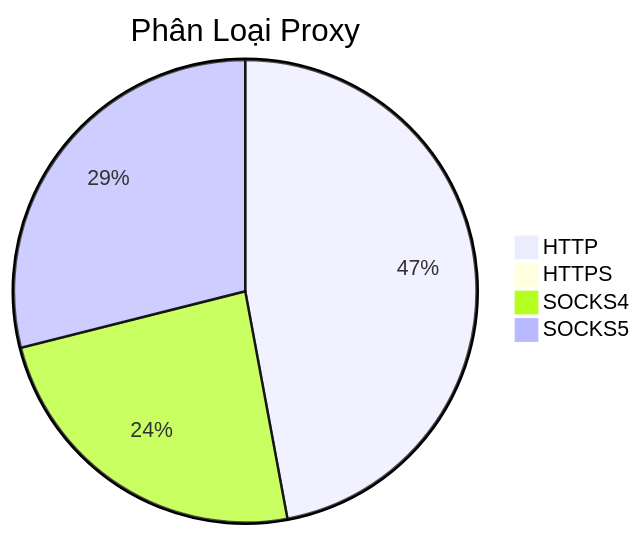
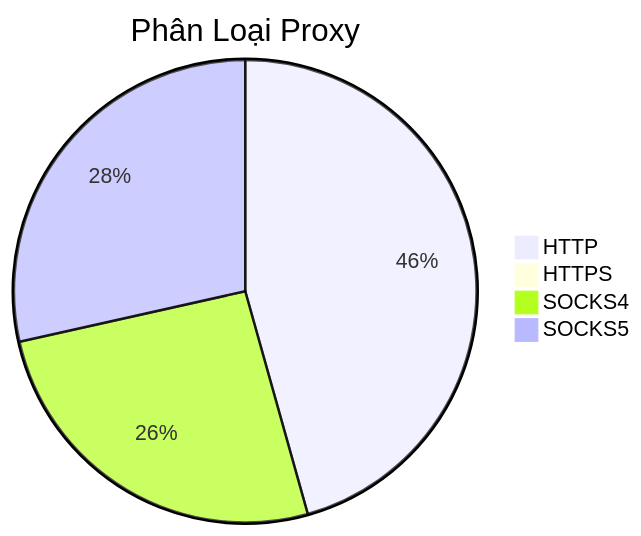
One commit to Ciara-12/PROXY-free changed the diagram in README.md. Above: the diagram before and after it, drawn with Mermaid. The commit also changed other lines of this file and 4 other files, not shown here.

````diff
--- a/README.md
+++ b/README.md
@@ -26,7 +26,7 @@
 ```mermaid
 pie title Phân Loại Proxy
-    "HTTP" : 524
-    "HTTPS" : 2
-    "SOCKS4" : 267
-    "SOCKS5" : 322
+    "HTTP" : 482
+    "HTTPS" : 1
+    "SOCKS4" : 273
+    "SOCKS5" : 301
 ```
````
